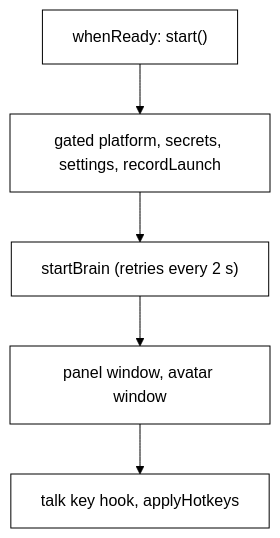
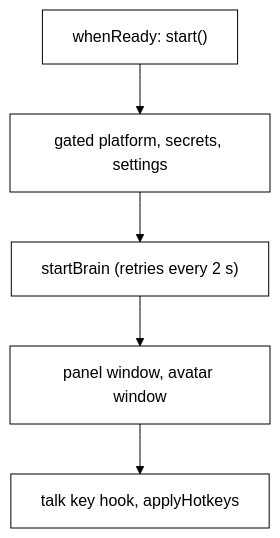
The diagram in docs/desktop.md (nadeem4/tagalong), drawn with Mermaid before and after one commit. The commit also changed other lines of this file and 362 other files, not shown here.

````diff
--- a/docs/desktop.md
+++ b/docs/desktop.md
@@ -80,8 +85,8 @@
 ```mermaid
 %%{init: {'theme':'base','themeVariables':{'primaryColor':'#ffffff','primaryTextColor':'#000000','primaryBorderColor':'#000000','lineColor':'#000000'}}}%%
 flowchart TD
-  A["whenReady: start()"] --> B["gated platform, secrets, settings, recordLaunch"]
+  A["whenReady: start()"] --> B["gated platform, secrets, settings"]
   B --> C["startBrain (retries every 2 s)"]
   C --> E["panel window, avatar window"]
   E --> F["talk key hook, applyHotkeys"]
 ```
````
